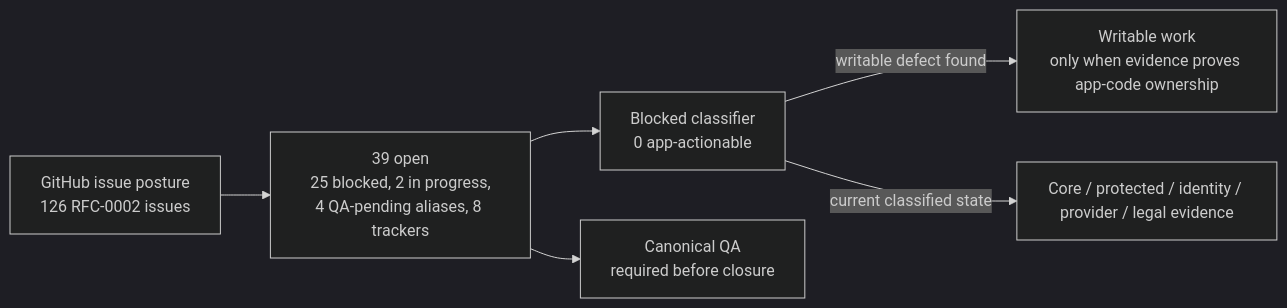
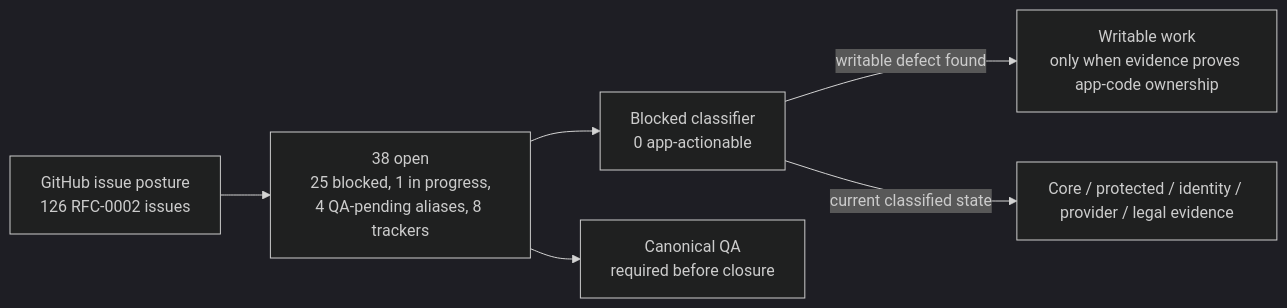
One commit to sgajbi/lotus-idea changed the first of 2 diagrams in wiki/RFC-0002-Execution-Status.md. Above: the diagram before and after it, drawn with Mermaid (dark theme). The commit also changed other lines of this file and 10 other files, not shown here.

````diff
--- a/wiki/RFC-0002-Execution-Status.md
+++ b/wiki/RFC-0002-Execution-Status.md
@@ -39,15 +39,15 @@
 ```mermaid
 flowchart LR
     Issues["GitHub issue posture<br/>126 RFC-0002 issues"]
-    Open["39 open<br/>25 blocked, 2 in progress,<br/>4 QA-pending aliases, 8 trackers"]
+    Open["38 open<br/>25 blocked, 1 in progress,<br/>4 QA-pending aliases, 8 trackers"]
     Blocked["Blocked classifier<br/>0 app-actionable"]
     Work["Writable work<br/>only when evidence proves app-code ownership"]
     External["Core / protected / identity / provider / legal evidence"]
     QA["Canonical QA<br/>required before closure"]
 
     Issues --> Open
     Open --> Blocked
     Blocked -->|"writable defect found"| Work
     Blocked -->|"current classified state"| External
     Open --> QA
 ```
````
